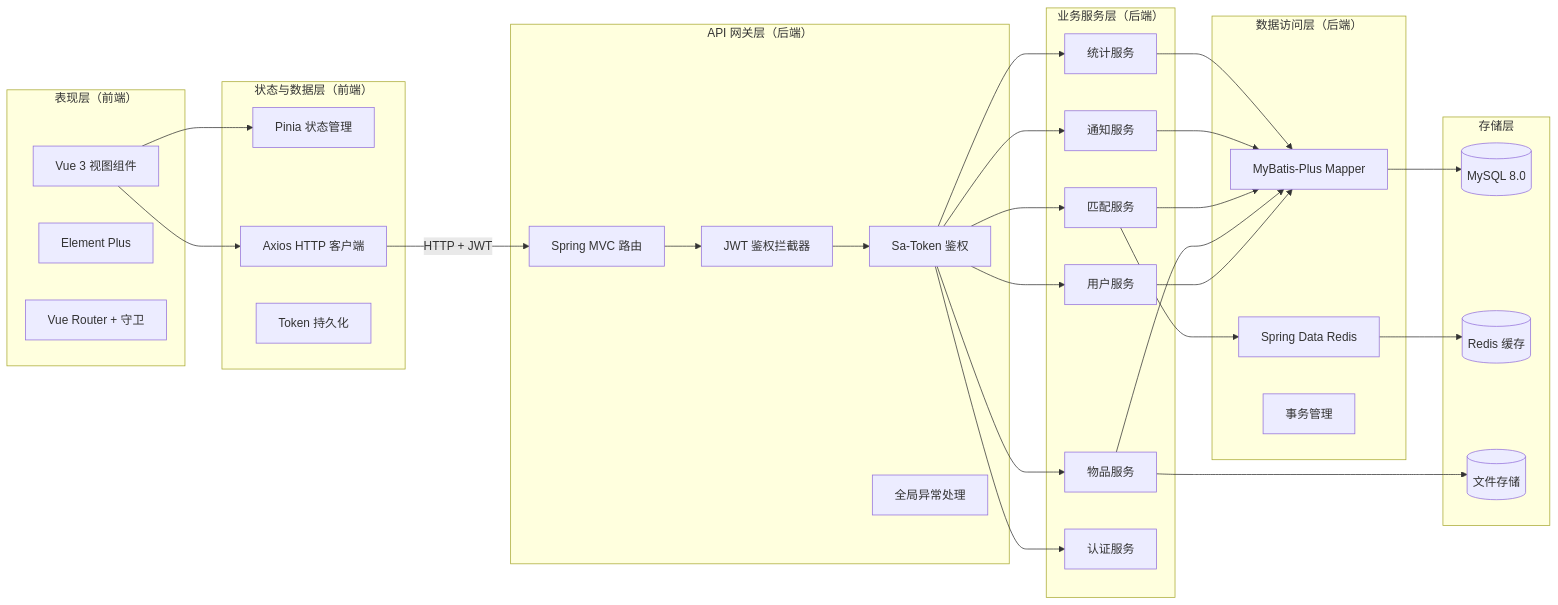
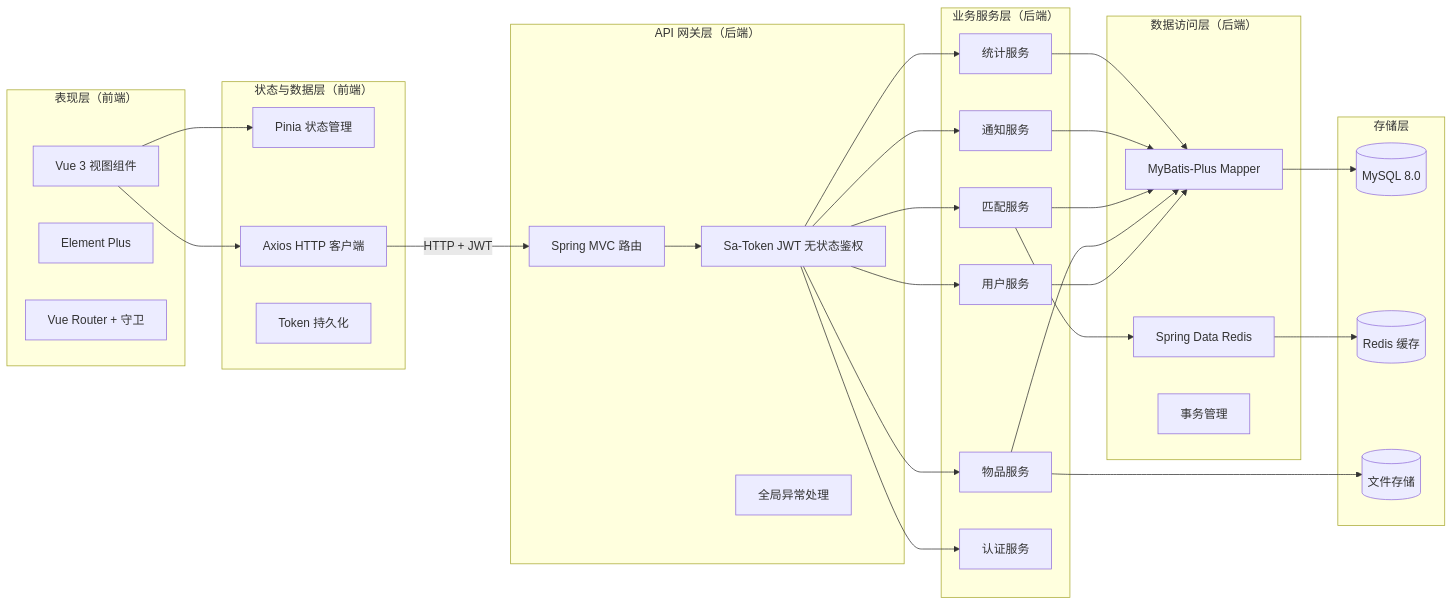
The fourth of 30 diagrams in docs/项目图表.md (zwj-3193655211/campus-LostandFound), drawn with Mermaid before and after one commit. The commit also changed other lines of this file, not shown here.

Commit message:
docs: 修正物品发布流程图，添加登录前置检查

````diff
--- a/docs/项目图表.md
+++ b/docs/项目图表.md
@@ -193,63 +193,61 @@
 ```mermaid
 graph LR
     subgraph L1["表现层（前端）"]
         A1[Vue 3 视图组件]
         A2[Element Plus]
         A3[Vue Router + 守卫]
     end
 
     subgraph L2["状态与数据层（前端）"]
         B1[Pinia 状态管理]
         B2[Axios HTTP 客户端]
         B3[Token 持久化]
     end
 
     subgraph L3["API 网关层（后端）"]
         C1[Spring MVC 路由]
-        C2[JWT 鉴权拦截器]
-        C3[Sa-Token 鉴权]
-        C4[全局异常处理]
+        C2[Sa-Token JWT 无状态鉴权]
+        C3[全局异常处理]
     end
 
     subgraph L4["业务服务层（后端）"]
         D1[用户服务]
         D2[物品服务]
         D3[匹配服务]
         D4[通知服务]
         D5[统计服务]
         D6[认证服务]
     end
 
     subgraph L5["数据访问层（后端）"]
         E1[MyBatis-Plus Mapper]
         E2[Spring Data Redis]
         E3[事务管理]
     end
 
     subgraph L6["存储层"]
         F1[(MySQL 8.0)]
         F2[(Redis 缓存)]
         F3[(文件存储)]
     end
 
     A1 --> B1
     A1 --> B2
     B2 -->|HTTP + JWT| C1
     C1 --> C2
-    C2 --> C3
-    C3 --> D1
-    C3 --> D2
-    C3 --> D3
-    C3 --> D4
-    C3 --> D5
-    C3 --> D6
+    C2 --> D1
+    C2 --> D2
+    C2 --> D3
+    C2 --> D4
+    C2 --> D5
+    C2 --> D6
     D1 --> E1
     D2 --> E1
     D3 --> E1
     D3 --> E2
     D4 --> E1
     D5 --> E1
     E1 --> F1
     E2 --> F2
     D2 --> F3
 ```
````
